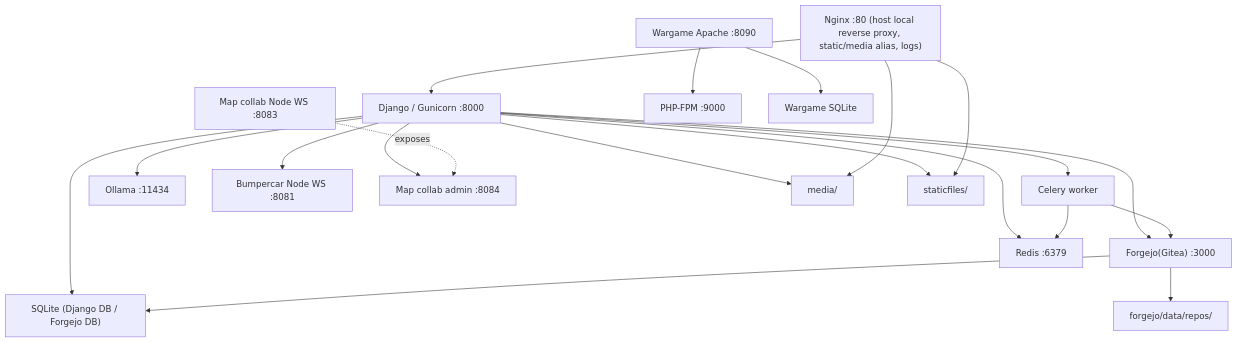
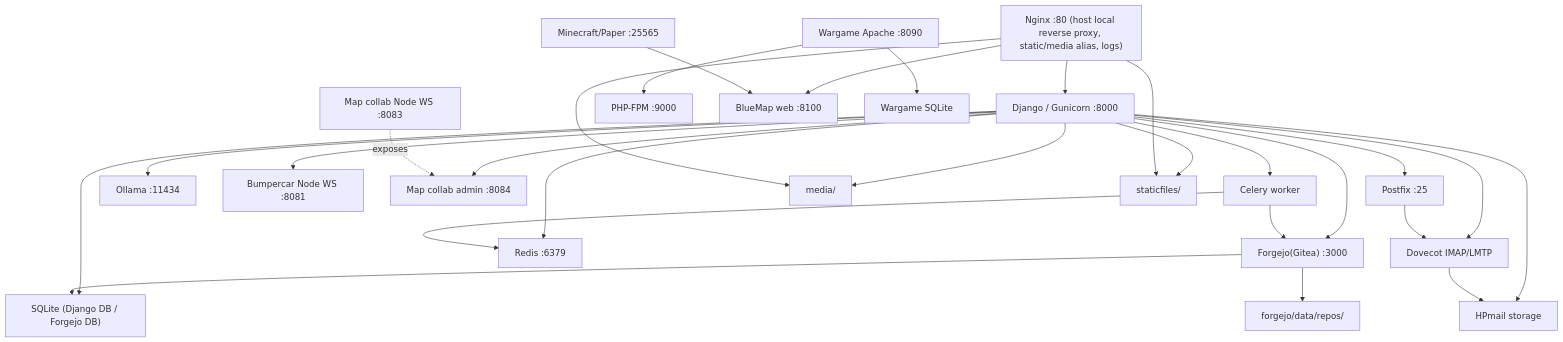
Before and after one commit to Adihang/Hanplanet: the second of 2 diagrams in README.md, drawn with Mermaid. The commit also changed other lines of this file and 43 other files, not shown here.

Commit message:
Refine app layout and interaction flows

````diff
--- a/README.md
+++ b/README.md
@@ -61,39 +70,51 @@
 ```mermaid
 flowchart TD
   Django["Django / Gunicorn :8000"]
   Nginx["Nginx :80 (host local reverse proxy, static/media alias, logs)"]
   Forgejo["Forgejo(Gitea) :3000"]
   Redis["Redis :6379"]
   Celery["Celery worker"]
   Ollama["Ollama :11434"]
   Game["Bumpercar Node WS :8081"]
   MapCollab["Map collab Node WS :8083"]
   MapAdmin["Map collab admin :8084"]
   Wargame["Wargame Apache :8090"]
   PHPFPM["PHP-FPM :9000"]
+  Postfix["Postfix :25"]
+  Dovecot["Dovecot IMAP/LMTP"]
+  HPmailStorage["HPmail storage"]
+  Minecraft["Minecraft/Paper :25565"]
+  BlueMap["BlueMap web :8100"]
   SQLite["SQLite (Django DB / Forgejo DB)"]
   WargameDB["Wargame SQLite"]
   Media["media/"]
   Static["staticfiles/"]
   RepoData["forgejo/data/repos/"]
 
   Django --> SQLite
   Django --> Media
   Django --> Static
   Django --> Ollama
   Django --> Redis
   Django --> Celery
   Django --> Forgejo
   Django --> MapAdmin
+  Django --> Dovecot
+  Django --> Postfix
+  Django --> HPmailStorage
+  Postfix --> Dovecot
+  Dovecot --> HPmailStorage
   Celery --> Forgejo
   Celery --> Redis
   Forgejo --> RepoData
   Forgejo --> SQLite
   Django --> Game
   MapCollab -. exposes .-> MapAdmin
   Wargame --> PHPFPM
   Wargame --> WargameDB
   Nginx --> Django
   Nginx --> Static
   Nginx --> Media
+  Nginx --> BlueMap
+  Minecraft --> BlueMap
 ```
````
